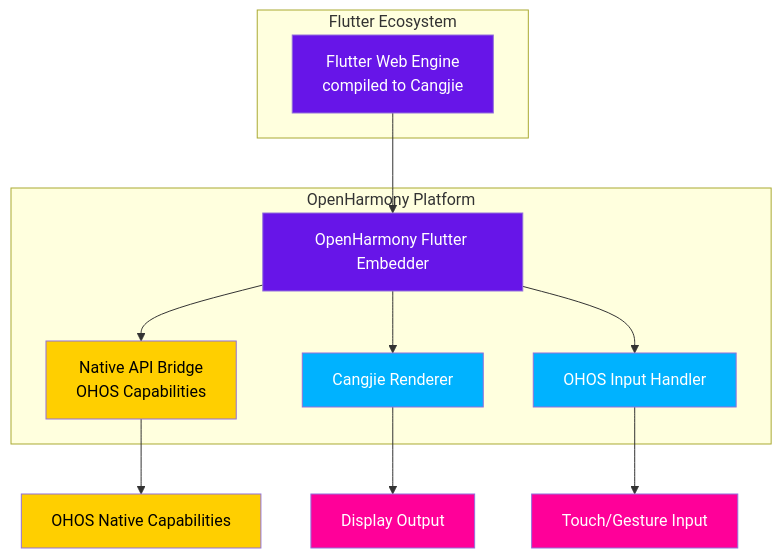
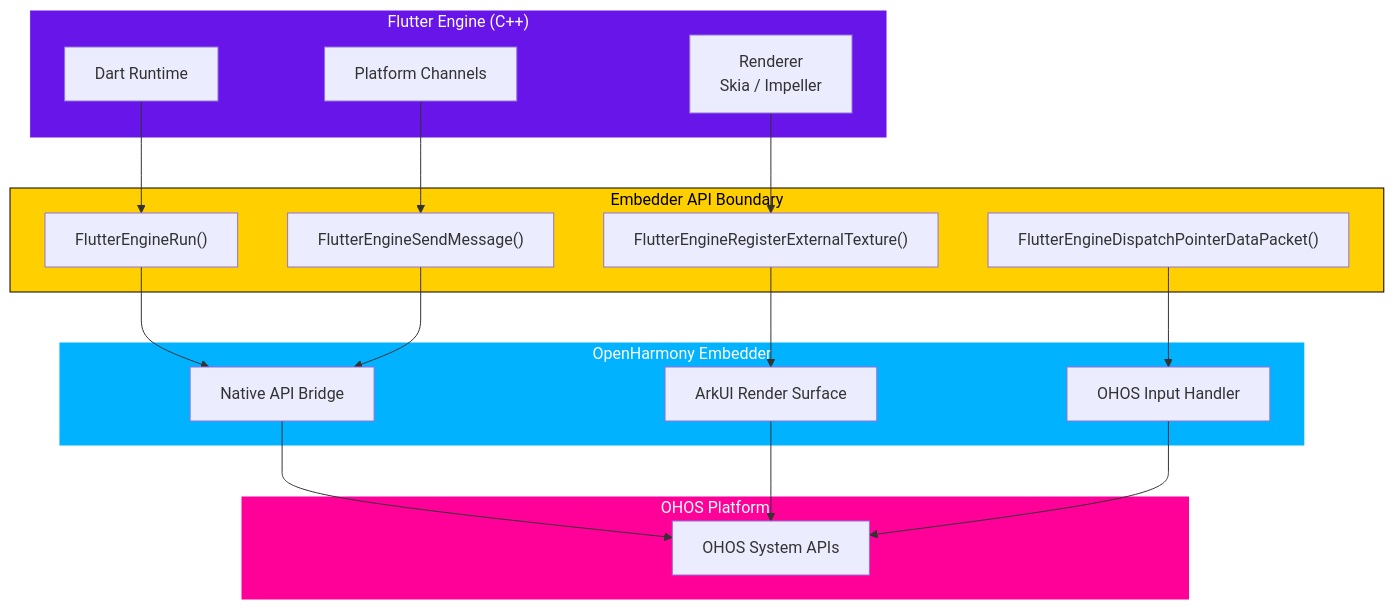
One commit to davidinux/pub changed the diagram in conferences/hdc26/diagrams/architecture.mmd. Above: the diagram before and after it, drawn with Mermaid. The commit also changed 8 other files, not shown here.

Commit message:
Add architecture diagram with Embedder API details; fix apostrophe rendering

```diff
--- a/conferences/hdc26/diagrams/architecture.mmd
+++ b/conferences/hdc26/diagrams/architecture.mmd
@@ -1,29 +1,39 @@
 flowchart TB
-    subgraph Flutter["Flutter Ecosystem"]
-        FE[Flutter Web Engine<br/>compiled to Cangjie]
+    subgraph Engine["Flutter Engine (C++)"]
+        R[Renderer<br/>Skia / Impeller]
+        D[Dart Runtime]
+        C[Platform Channels]
     end
-    
-    subgraph OHOS["OpenHarmony Platform"]
-        EMB[OpenHarmony Flutter Embedder]
-        BRIDGE[Native API Bridge<br/>OHOS Capabilities]
-        RENDER[Cangjie Renderer]
+
+    subgraph API["Embedder API Boundary"]
+        F1["FlutterEngineRun()"]
+        F2["FlutterEngineSendMessage()"]
+        F3["FlutterEngineRegisterExternalTexture()"]
+        F4["FlutterEngineDispatchPointerDataPacket()"]
+    end
+
+    subgraph EMB["OpenHarmony Embedder"]
+        NATIVE[Native API Bridge]
+        SURFACE[ArkUI Render Surface]
         INPUT[OHOS Input Handler]
     end
-    
-    FE --> EMB
-    EMB --> BRIDGE
-    EMB --> RENDER
-    EMB --> INPUT
-    
-    BRIDGE --> CAP[OHOS Native Capabilities]
-    INPUT --> TOUCH[Touch/Gesture Input]
-    RENDER --> DISPLAY[Display Output]
-    
-    style FE fill:#6715E8,color:#fff
-    style EMB fill:#6715E8,color:#fff
-    style BRIDGE fill:#FFCF00,color:#000
-    style CAP fill:#FFCF00,color:#000
-    style RENDER fill:#00B2FF,color:#fff
-    style INPUT fill:#00B2FF,color:#fff
-    style TOUCH fill:#FF0099,color:#fff
-    style DISPLAY fill:#FF0099,color:#fff
+
+    subgraph PLAT["OHOS Platform"]
+        SYS[OHOS System APIs]
+    end
+
+    R --> F3
+    D --> F1
+    C --> F2
+    F1 --> NATIVE
+    F2 --> NATIVE
+    F3 --> SURFACE
+    F4 --> INPUT
+    NATIVE --> SYS
+    SURFACE --> SYS
+    INPUT --> SYS
+
+    style Engine fill:#6715E8,color:#fff,stroke:#fff
+    style API fill:#FFCF00,color:#000,stroke:#000
+    style EMB fill:#00B2FF,color:#fff,stroke:#fff
+    style PLAT fill:#FF0099,color:#fff,stroke:#fff
```
